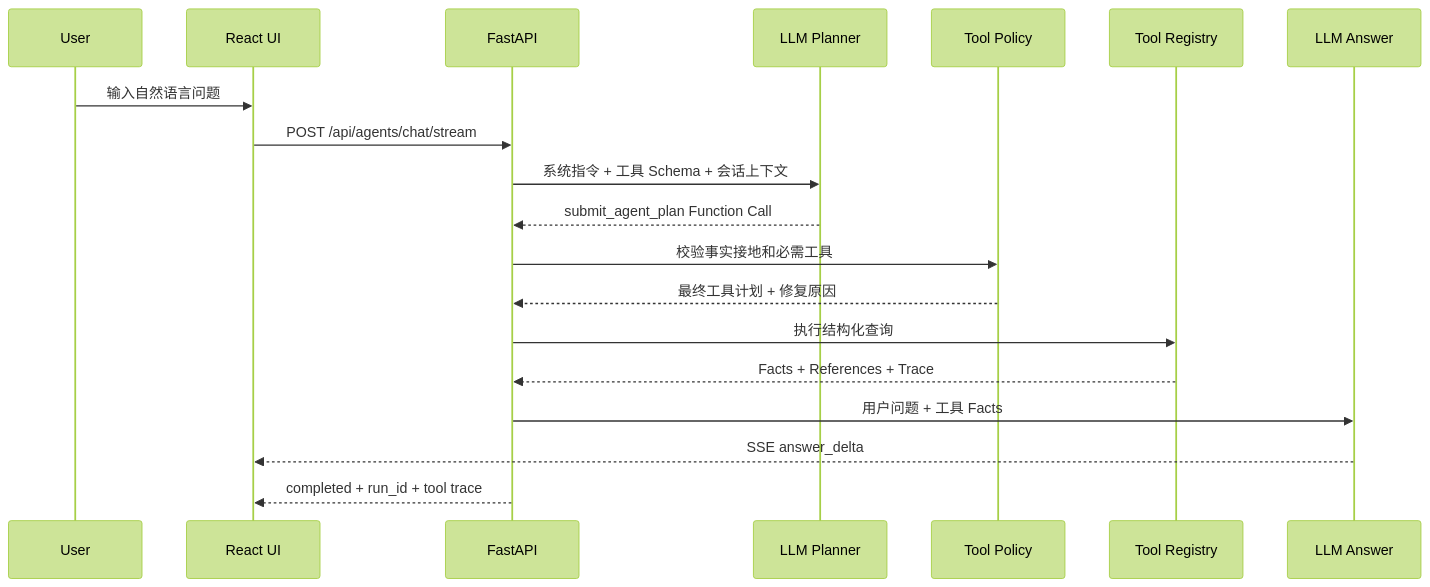
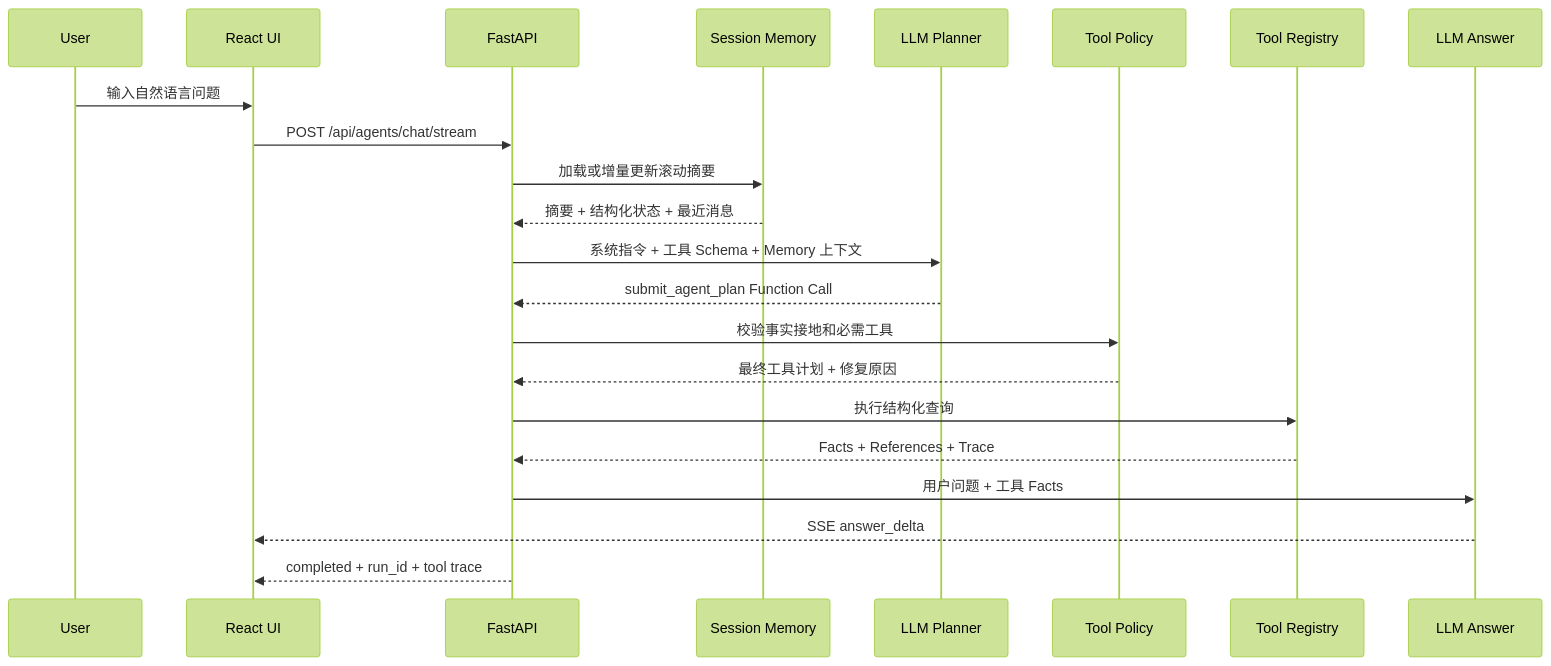
Before and after one commit to bibofu/LimitUpLab: the second of 2 diagrams in README.md, drawn with Mermaid (forest theme). The commit also changed other lines of this file and 12 other files, not shown here.

Commit message:
feat: add rolling session memory

````diff
--- a/README.md
+++ b/README.md
@@ -241,22 +247,25 @@
 ```mermaid
 sequenceDiagram
     participant User
     participant UI as React UI
     participant API as FastAPI
+    participant Memory as Session Memory
     participant Planner as LLM Planner
     participant Policy as Tool Policy
     participant Tools as Tool Registry
     participant Answer as LLM Answer
 
     User->>UI: 输入自然语言问题
     UI->>API: POST /api/agents/chat/stream
-    API->>Planner: 系统指令 + 工具 Schema + 会话上下文
+    API->>Memory: 加载或增量更新滚动摘要
+    Memory-->>API: 摘要 + 结构化状态 + 最近消息
+    API->>Planner: 系统指令 + 工具 Schema + Memory 上下文
     Planner-->>API: submit_agent_plan Function Call
     API->>Policy: 校验事实接地和必需工具
     Policy-->>API: 最终工具计划 + 修复原因
     API->>Tools: 执行结构化查询
     Tools-->>API: Facts + References + Trace
     API->>Answer: 用户问题 + 工具 Facts
     Answer-->>UI: SSE answer_delta
     API-->>UI: completed + run_id + tool trace
 ```
````
